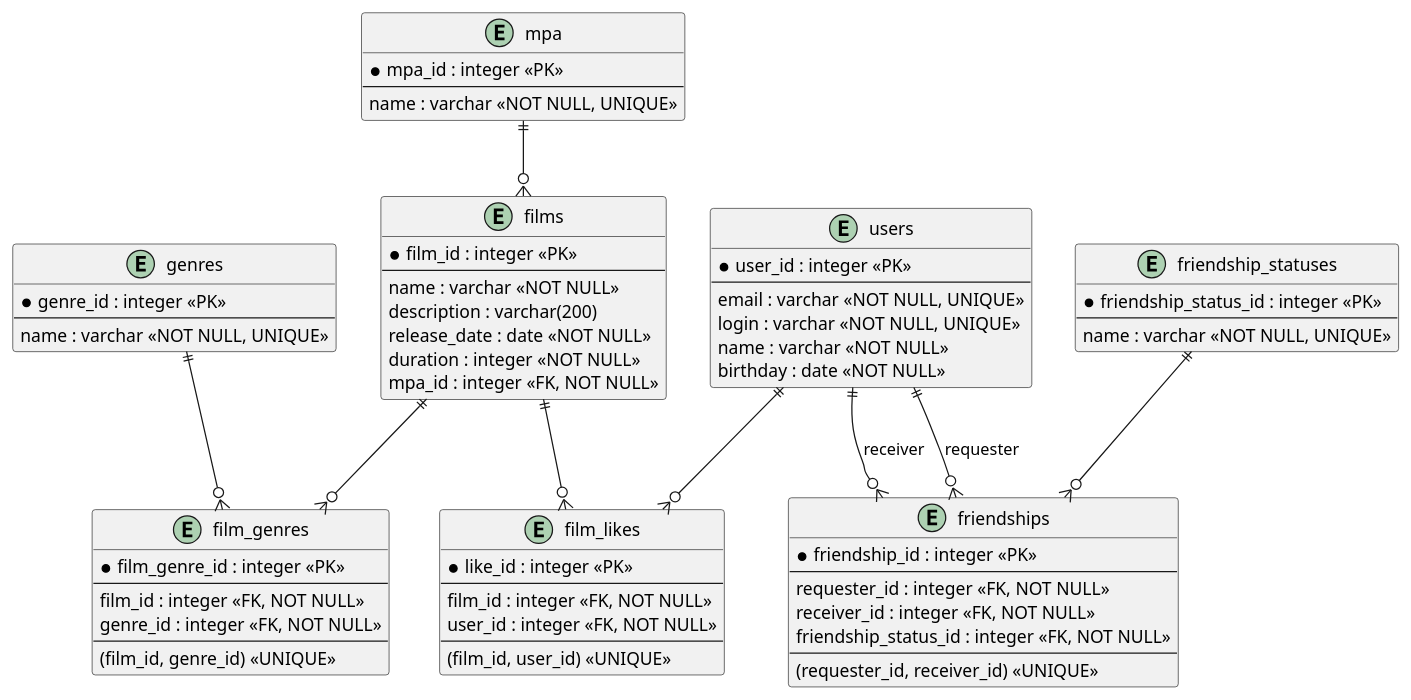
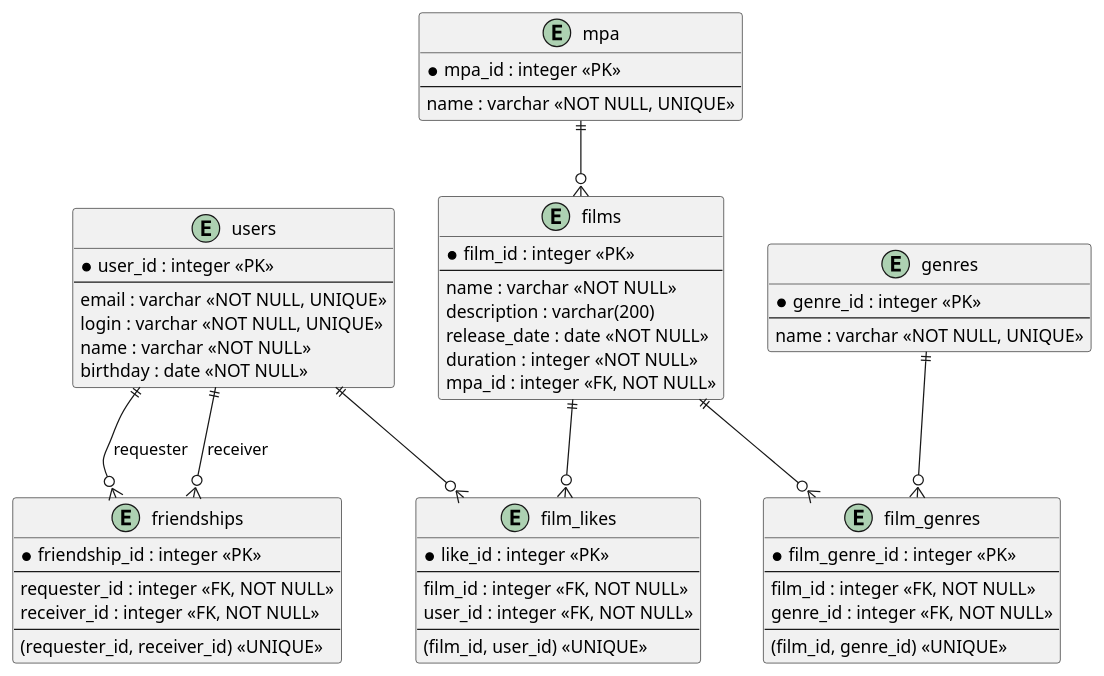
The diagram in docs/database.puml (ab-sandbox/java-filmorate), drawn with PlantUML before and after one commit. The commit also changed 5 other files, not shown here.

```diff
--- a/docs/database.puml
+++ b/docs/database.puml
@@ -1,81 +1,72 @@
 @startuml
 
 entity users {
     * user_id : integer <<PK>>
     --
     email : varchar <<NOT NULL, UNIQUE>>
     login : varchar <<NOT NULL, UNIQUE>>
     name : varchar <<NOT NULL>>
     birthday : date <<NOT NULL>>
 }
 
 entity films {
     * film_id : integer <<PK>>
     --
     name : varchar <<NOT NULL>>
     description : varchar(200)
     release_date : date <<NOT NULL>>
     duration : integer <<NOT NULL>>
     mpa_id : integer <<FK, NOT NULL>>
 }
 
 entity mpa {
     * mpa_id : integer <<PK>>
     --
     name : varchar <<NOT NULL, UNIQUE>>
 }
 
 entity genres {
     * genre_id : integer <<PK>>
     --
     name : varchar <<NOT NULL, UNIQUE>>
 }
 
 entity film_genres {
     * film_genre_id : integer <<PK>>
     --
     film_id : integer <<FK, NOT NULL>>
     genre_id : integer <<FK, NOT NULL>>
     --
     (film_id, genre_id) <<UNIQUE>>
 }
 
 entity film_likes {
     * like_id : integer <<PK>>
     --
     film_id : integer <<FK, NOT NULL>>
     user_id : integer <<FK, NOT NULL>>
     --
     (film_id, user_id) <<UNIQUE>>
 }
 
-entity friendship_statuses {
-    * friendship_status_id : integer <<PK>>
-    --
-    name : varchar <<NOT NULL, UNIQUE>>
-}
-
 entity friendships {
     * friendship_id : integer <<PK>>
     --
     requester_id : integer <<FK, NOT NULL>>
     receiver_id : integer <<FK, NOT NULL>>
-    friendship_status_id : integer <<FK, NOT NULL>>
     --
     (requester_id, receiver_id) <<UNIQUE>>
 }
 
 mpa ||--o{ films
 
 films ||--o{ film_genres
 genres ||--o{ film_genres
 
 films ||--o{ film_likes
 users ||--o{ film_likes
 
 users ||--o{ friendships : requester
 users ||--o{ friendships : receiver
 
-friendship_statuses ||--o{ friendships
-
 @enduml
```
